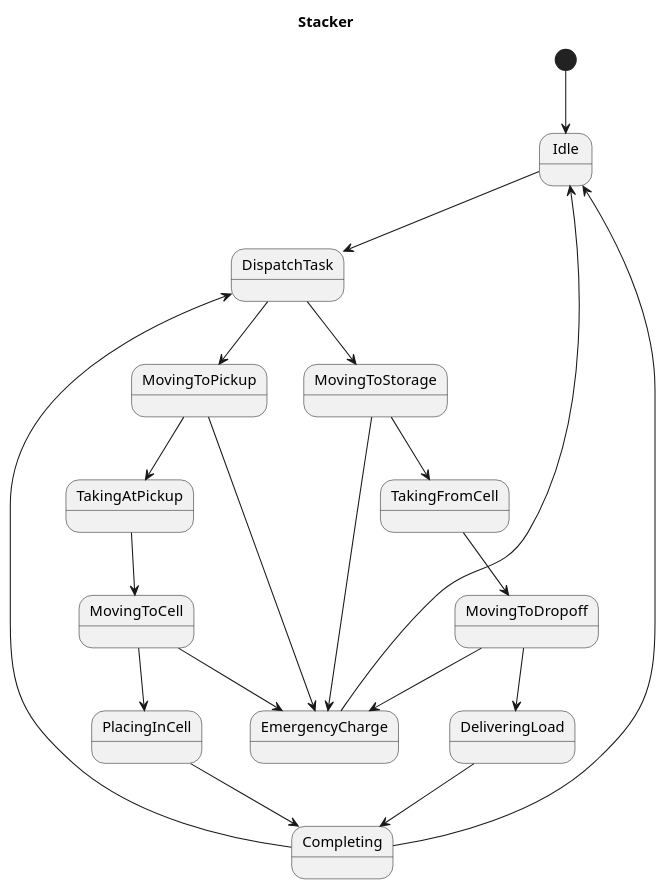
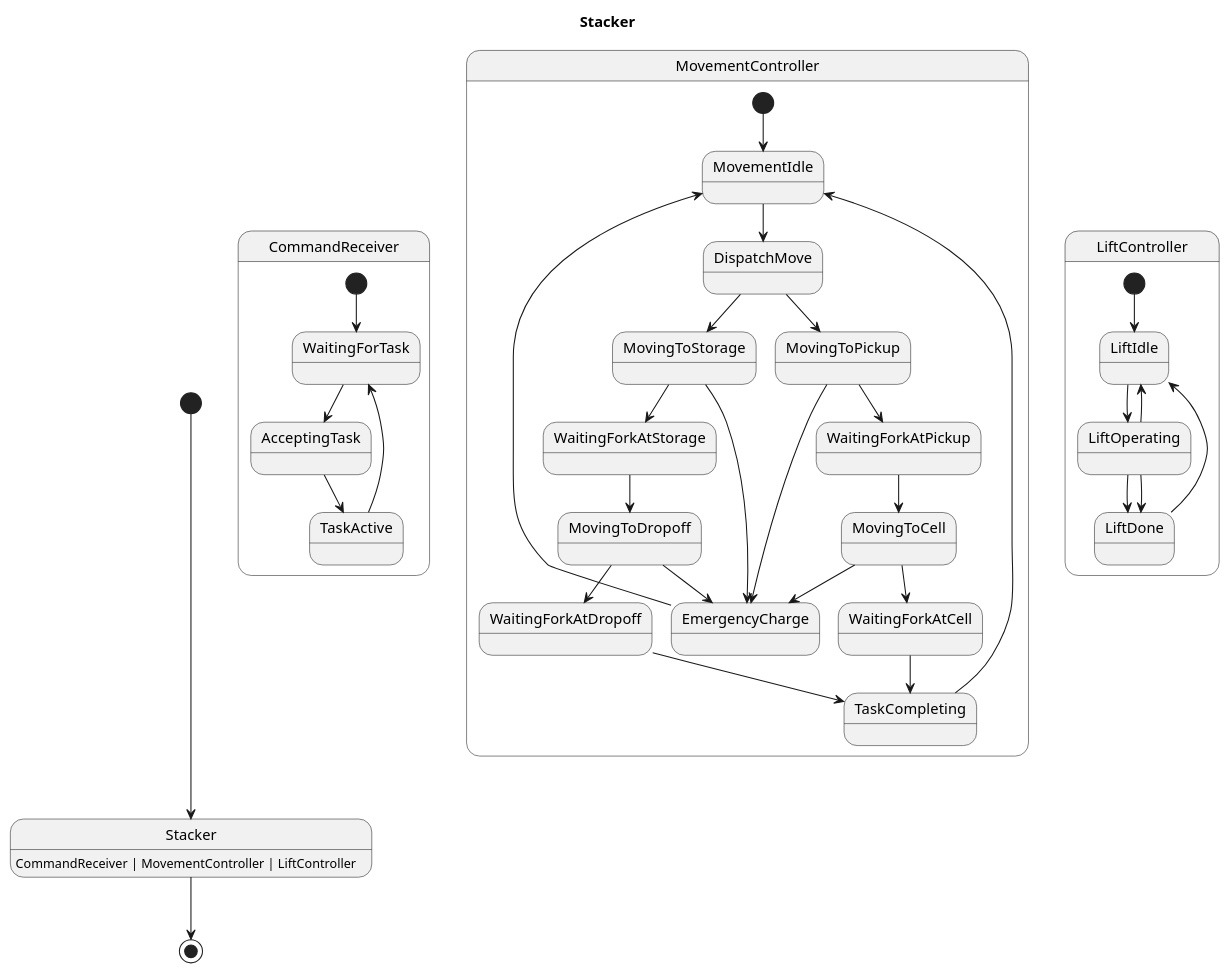
Before and after one commit to Pastor/Takt: the diagram in examples/generated/plantuml/stacker.puml, drawn with PlantUML. The commit also changed 8 other files, not shown here.

```diff
--- a/examples/generated/plantuml/stacker.puml
+++ b/examples/generated/plantuml/stacker.puml
@@ -1,24 +1,45 @@
 @startuml
 title Stacker
 
-[*] --> Idle
-Idle --> DispatchTask
-TakingAtPickup --> MovingToCell
-DeliveringLoad --> Completing
-DispatchTask --> MovingToPickup
-DispatchTask --> MovingToStorage
-MovingToCell --> PlacingInCell
-MovingToCell --> EmergencyCharge
-MovingToStorage --> TakingFromCell
-MovingToStorage --> EmergencyCharge
-TakingFromCell --> MovingToDropoff
-EmergencyCharge --> Idle
-PlacingInCell --> Completing
-MovingToDropoff --> DeliveringLoad
-MovingToDropoff --> EmergencyCharge
-MovingToPickup --> TakingAtPickup
-MovingToPickup --> EmergencyCharge
-Completing --> DispatchTask
-Completing --> Idle
+[*] --> Stacker
+Stacker : CommandReceiver | MovementController | LiftController
+Stacker --> [*]
+
+state CommandReceiver {
+    [*] --> WaitingForTask
+    WaitingForTask --> AcceptingTask
+    AcceptingTask --> TaskActive
+    TaskActive --> WaitingForTask
+}
+
+state MovementController {
+    [*] --> MovementIdle
+    MovingToDropoff --> WaitingForkAtDropoff
+    MovingToDropoff --> EmergencyCharge
+    WaitingForkAtDropoff --> TaskCompleting
+    MovementIdle --> DispatchMove
+    TaskCompleting --> MovementIdle
+    MovingToCell --> WaitingForkAtCell
+    MovingToCell --> EmergencyCharge
+    MovingToStorage --> WaitingForkAtStorage
+    MovingToStorage --> EmergencyCharge
+    WaitingForkAtCell --> TaskCompleting
+    MovingToPickup --> WaitingForkAtPickup
+    MovingToPickup --> EmergencyCharge
+    WaitingForkAtPickup --> MovingToCell
+    WaitingForkAtStorage --> MovingToDropoff
+    DispatchMove --> MovingToPickup
+    DispatchMove --> MovingToStorage
+    EmergencyCharge --> MovementIdle
+}
+
+state LiftController {
+    [*] --> LiftIdle
+    LiftDone --> LiftIdle
+    LiftOperating --> LiftDone
+    LiftOperating --> LiftDone
+    LiftOperating --> LiftIdle
+    LiftIdle --> LiftOperating
+}
 
 @enduml
```
